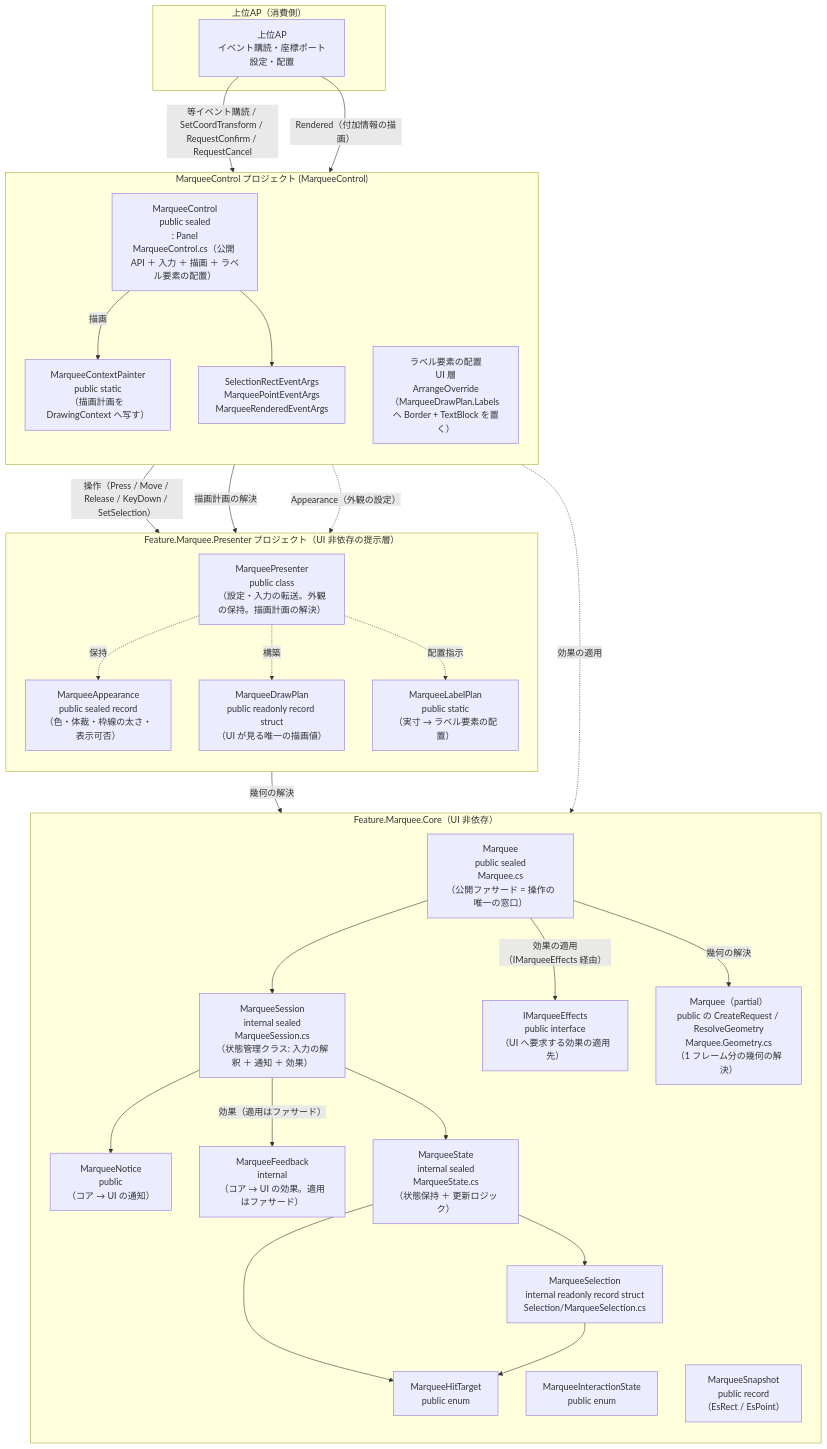
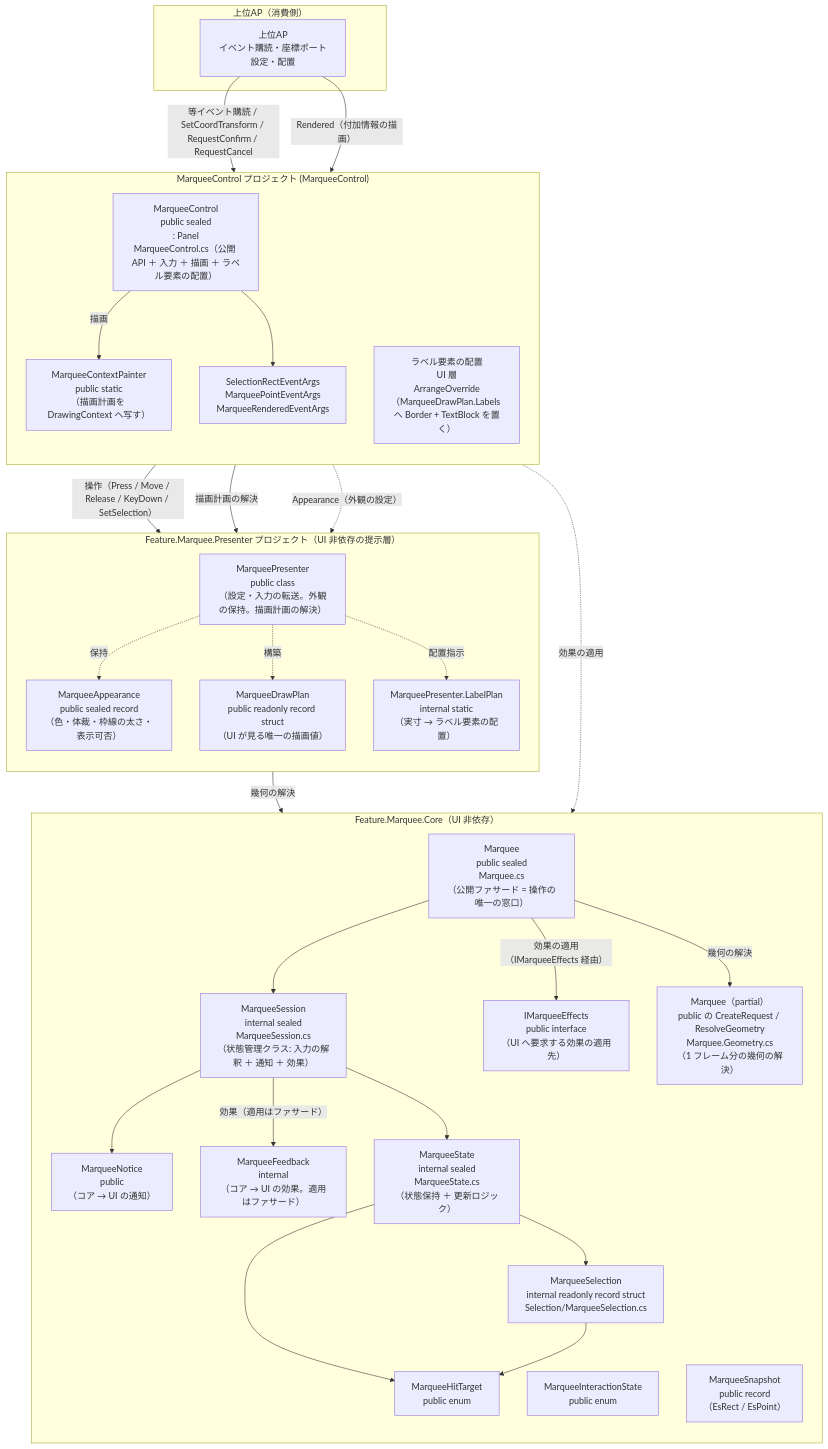
Before and after one commit to tomokuni/SaveEvidence: the first of 2 diagrams in src/MarqueeControl.AvaloniaUI/SPEC_System.md, drawn with Mermaid. The commit also changed other lines of this file and 42 other files, not shown here.

````diff
--- a/src/MarqueeControl.AvaloniaUI/SPEC_System.md
+++ b/src/MarqueeControl.AvaloniaUI/SPEC_System.md
@@ -100,56 +100,56 @@
 ```mermaid
 flowchart TB
     subgraph Host["上位AP（消費側）"]
         AP["上位AP<br/>イベント購読・座標ポート設定・配置"]
     end
     subgraph Core["Feature.Marquee.Core（UI 非依存）"]
         direction TB
         Fac["Marquee<br/>public sealed<br/>Marquee.cs<br/>（公開ファサード = 操作の唯一の窓口）"]
         Eff["IMarqueeEffects<br/>public interface<br/>（UI へ要求する効果の適用先）"]
         Ses["MarqueeSession<br/>internal sealed<br/>MarqueeSession.cs<br/>（状態管理クラス: 入力の解釈 ＋ 通知 ＋ 効果）"]
         Ntc["MarqueeNotice<br/>public<br/>（コア → UI の通知）"]
         Fbk["MarqueeFeedback<br/>internal<br/>（コア → UI の効果。適用はファサード）"]
         Stt["MarqueeState<br/>internal sealed<br/>MarqueeState.cs<br/>（状態保持 ＋ 更新ロジック）"]
         Geo["MarqueeSelection<br/>internal readonly record struct<br/>Selection/MarqueeSelection.cs"]
         Hdl["MarqueeHitTarget<br/>public enum"]
         Hdl2["MarqueeInteractionState<br/>public enum"]
         Hdl3["MarqueeSnapshot<br/>public record<br/>（EsRect / EsPoint）"]
         Frm["Marquee（partial）<br/>public の CreateRequest / ResolveGeometry<br/>Marquee.Geometry.cs<br/>（1 フレーム分の幾何の解決）"]
     end
     subgraph DRC2["MarqueeControl プロジェクト (MarqueeControl)"]
         direction TB
         Ctl["MarqueeControl<br/>public sealed<br/>: Panel<br/>MarqueeControl.cs（公開 API ＋ 入力 ＋ 描画 ＋ ラベル要素の配置）"]
         Painter["MarqueeContextPainter<br/>public static<br/>（描画計画を DrawingContext へ写す）"]
         Lbl["ラベル要素の配置<br/>UI 層<br/>ArrangeOverride<br/>（MarqueeDrawPlan.Labels へ Border + TextBlock を置く）"]
         Evt["SelectionRectEventArgs<br/>MarqueePointEventArgs<br/>MarqueeRenderedEventArgs"]
     end
     subgraph Rnd2["Feature.Marquee.Presenter プロジェクト（UI 非依存の提示層）"]
         direction TB
         Prs["MarqueePresenter<br/>public class<br/>（設定・入力の転送。外観の保持。描画計画の解決）"]
         Plan["MarqueeDrawPlan<br/>public readonly record struct<br/>（UI が見る唯一の描画値）"]
         Apx["MarqueeAppearance<br/>public sealed record<br/>（色・体裁・枠線の太さ・表示可否）"]
-        Pln["MarqueeLabelPlan<br/>public static<br/>（実寸 → ラベル要素の配置）"]
+        Pln["MarqueePresenter.LabelPlan<br/>internal static<br/>（実寸 → ラベル要素の配置）"]
     end
 
     AP -->|等イベント購読 / SetCoordTransform / RequestConfirm / RequestCancel| Ctl
     AP -->|Rendered（付加情報の描画）| Lbl
     Ctl -->|操作（Press / Move / Release / KeyDown / SetSelection）| Prs
     Ctl -.->|効果の適用| Eff
     Ctl -->|描画計画の解決| Prs
     Ctl -->|描画| Painter
     Ctl -.->|Appearance（外観の設定）| Prs
     Prs -.->|保持| Apx
     Prs -.->|構築| Plan
     Prs -.->|配置指示| Pln
     Prs -->|幾何の解決| Fac
     Fac --> Ses
     Fac -->|効果の適用（IMarqueeEffects 経由）| Eff
     Fac -->|幾何の解決| Frm
     Ctl --> Evt
     Ses --> Ntc
     Ses -->|効果（適用はファサード）| Fbk
     Ses --> Stt
     Stt --> Geo
     Stt --> Hdl
     Geo --> Hdl
 ```
````
